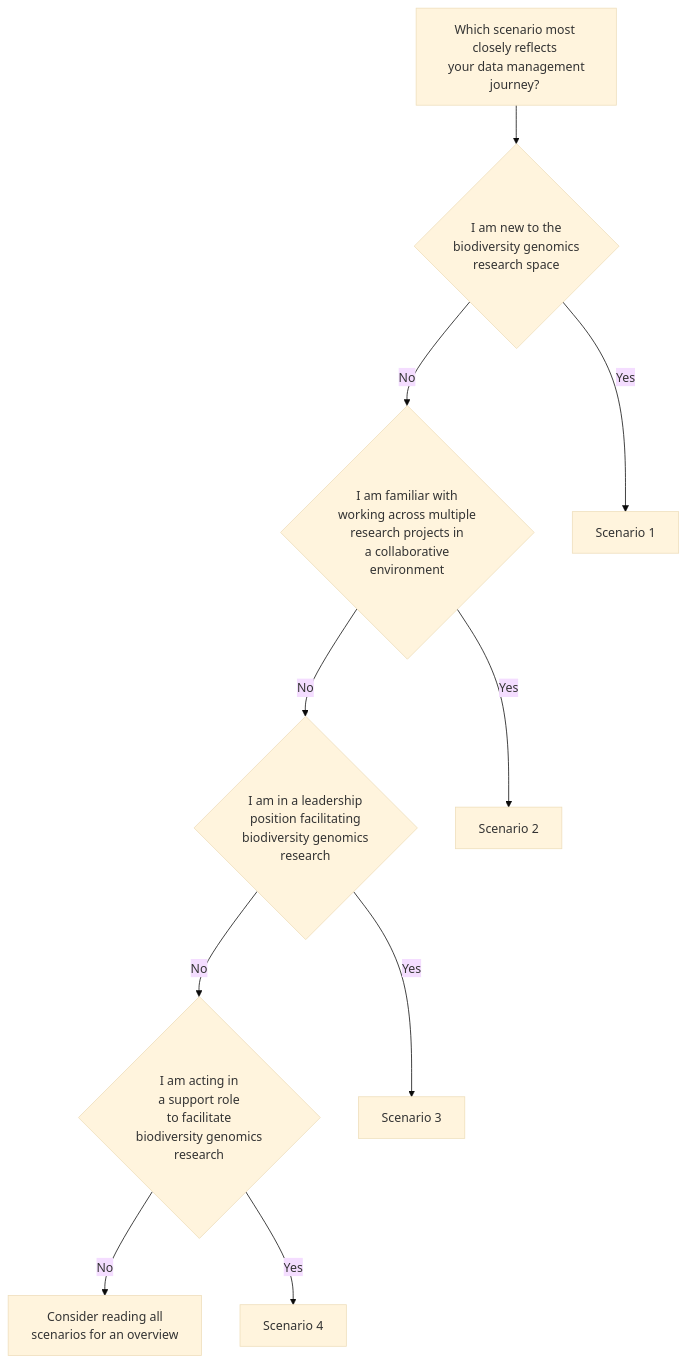
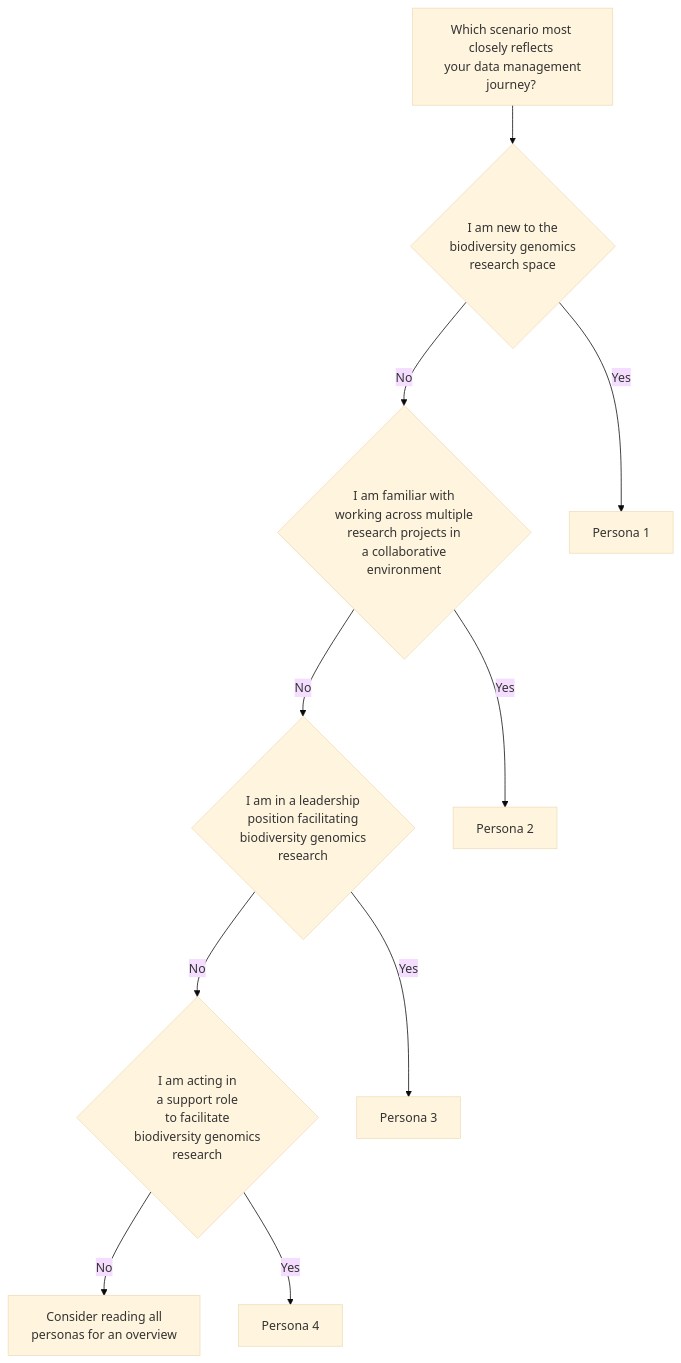
One commit to GenomicsAotearoa/data-management-resources changed the diagram in docs/index.md. Above: the diagram before and after it, drawn with Mermaid (base theme). The commit also changed other lines of this file and 1 other file, not shown here.

Commit message:
shifted to 'persona' terminology

````diff
--- a/docs/index.md
+++ b/docs/index.md
@@ -19,16 +19,16 @@
 ```mermaid
 graph TD;
     A[Which scenario most closely reflects \n your data management journey? <br>] --> B{I am new to the \n biodiversity genomics \n research space }
     B --> |No| E{I am familiar with \n working across multiple \n research projects in \n a collaborative \n environment }
-    B --> |Yes| D[Scenario 1 ]
+    B --> |Yes| D[Persona 1 ]
     E --> |No| G{I am in a leadership \n position facilitating \n biodiversity genomics \n research }
-    E --> |Yes| F[Scenario 2 ]
+    E --> |Yes| F[Persona 2 ]
     G --> |No| I{I am acting in \n a support role \n to facilitate \n biodiversity genomics \n research }
-    G --> |Yes| H[Scenario 3 ]
-    I --> |No| K[Consider reading all \n scenarios for an overview <br>]
-    I --> |Yes| J[Scenario 4 ]
-    click D "https://genomicsaotearoa.github.io/data-management-resources/scenarios/scenario1"
-    click F "https://genomicsaotearoa.github.io/data-management-resources/scenarios/scenario2"
-    click H "https://genomicsaotearoa.github.io/data-management-resources/scenarios/scenario3"
-    click J "https://genomicsaotearoa.github.io/data-management-resources/scenarios/scenario4"
+    G --> |Yes| H[Persona 3 ]
+    I --> |No| K[Consider reading all \n personas for an overview <br>]
+    I --> |Yes| J[Persona 4 ]
+    click D "https://genomicsaotearoa.github.io/data-management-resources/personas/persona1"
+    click F "https://genomicsaotearoa.github.io/data-management-resources/personas/persona2"
+    click H "https://genomicsaotearoa.github.io/data-management-resources/personas/persona3"
+    click J "https://genomicsaotearoa.github.io/data-management-resources/personas/persona4"
 ```
````
